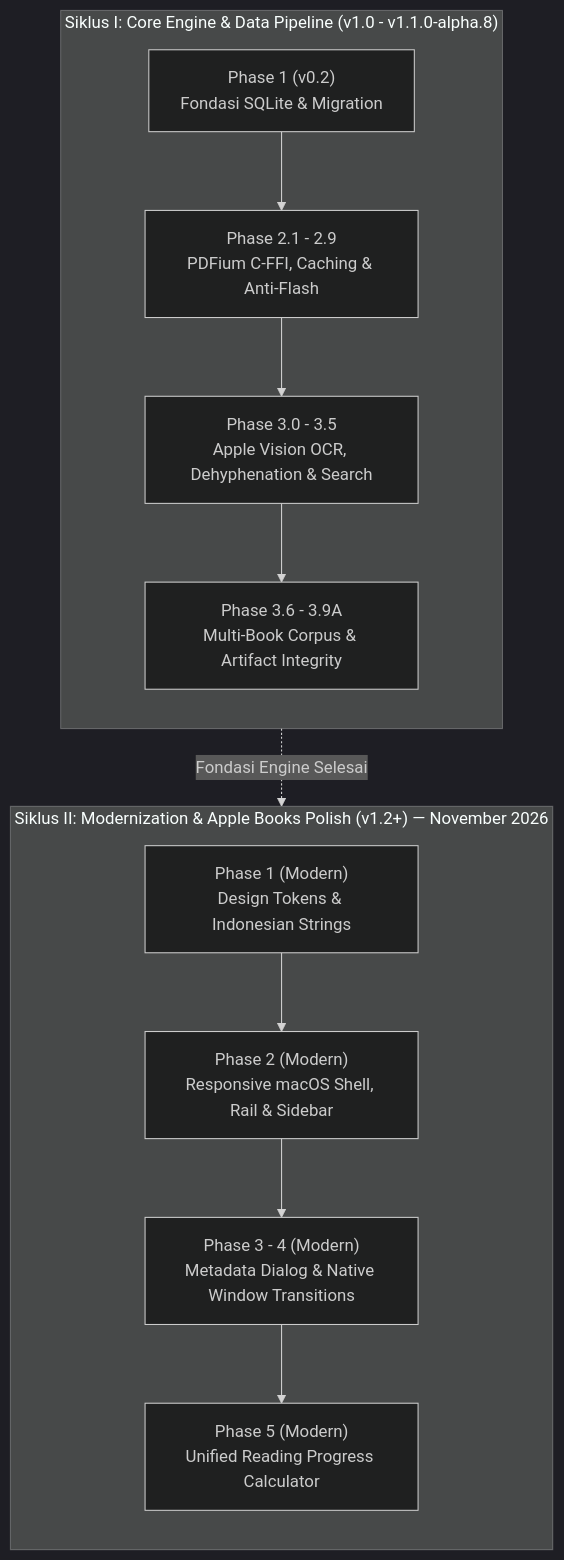
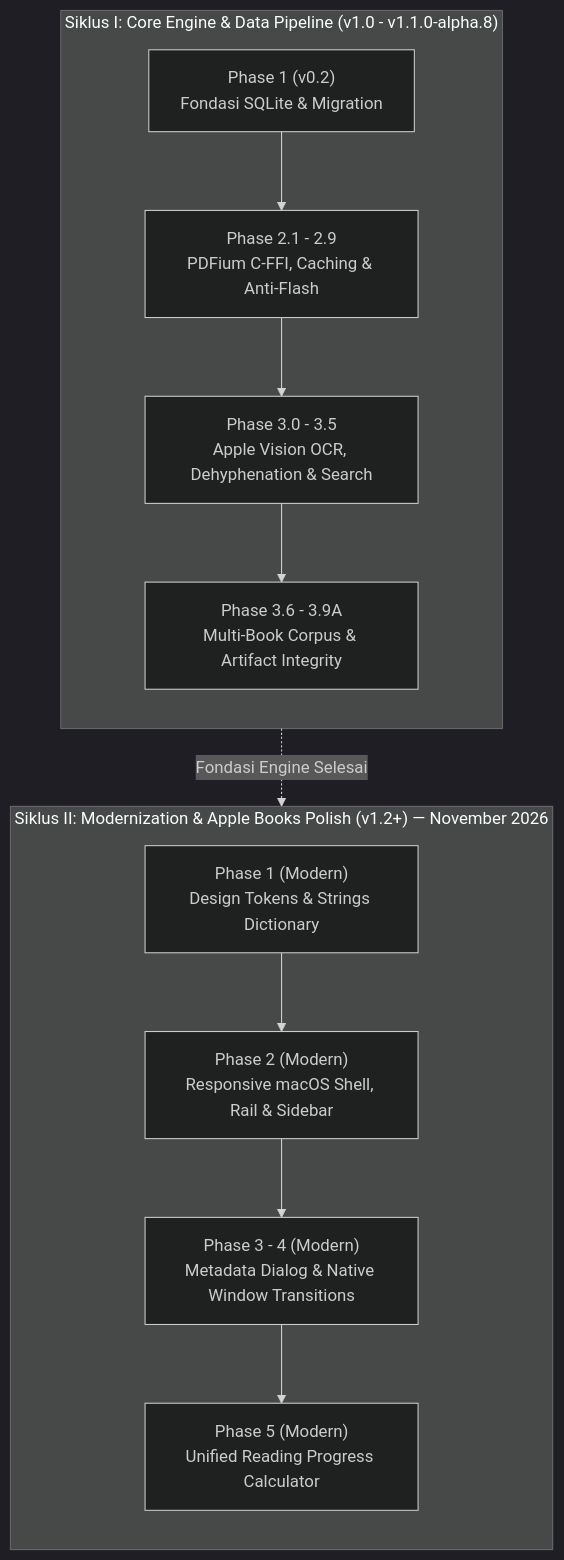
One commit to davindalana/Digital-Books changed the diagram in docs/README.md. Above: the diagram before and after it, drawn with Mermaid (dark theme). The commit also changed other lines of this file and 4 other files, not shown here.

First line of the commit message:
Version 1.1.0-alpha.8+9 docs: align Phase 1 UX strings documentation and fix broken audit report link

````diff
--- a/docs/README.md
+++ b/docs/README.md
@@ -11,18 +11,18 @@
 ```mermaid
 flowchart TD
     subgraph S1["Siklus I: Core Engine & Data Pipeline (v1.0 - v1.1.0-alpha.8)"]
         direction TB
         P1_OLD["Phase 1 (v0.2)<br/>Fondasi SQLite & Migration"] --> P2_OLD["Phase 2.1 - 2.9<br/>PDFium C-FFI, Caching & Anti-Flash"]
         P2_OLD --> P3_OLD["Phase 3.0 - 3.5<br/>Apple Vision OCR, Dehyphenation & Search"]
         P3_OLD --> P3_REL["Phase 3.6 - 3.9A<br/>Multi-Book Corpus & Artifact Integrity"]
     end
 
     subgraph S2["Siklus II: Modernization & Apple Books Polish (v1.2+) — November 2026"]
         direction TB
-        P1_NEW["Phase 1 (Modern)<br/>Design Tokens & Indonesian Strings"] --> P2_NEW["Phase 2 (Modern)<br/>Responsive macOS Shell, Rail & Sidebar"]
+        P1_NEW["Phase 1 (Modern)<br/>Design Tokens & Strings Dictionary"] --> P2_NEW["Phase 2 (Modern)<br/>Responsive macOS Shell, Rail & Sidebar"]
         P2_NEW --> P3_NEW["Phase 3 - 4 (Modern)<br/>Metadata Dialog & Native Window Transitions"]
         P3_NEW --> P5_NEW["Phase 5 (Modern)<br/>Unified Reading Progress Calculator"]
     end
 
     S1 -.->|"Fondasi Engine Selesai"| S2
 ```
````
